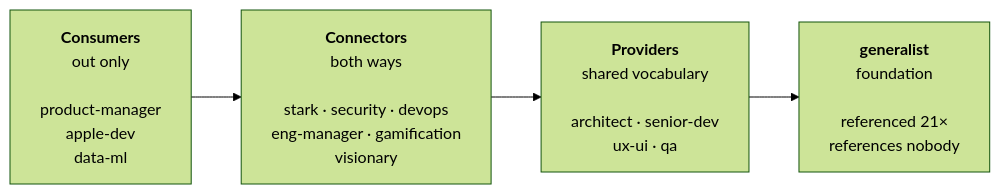
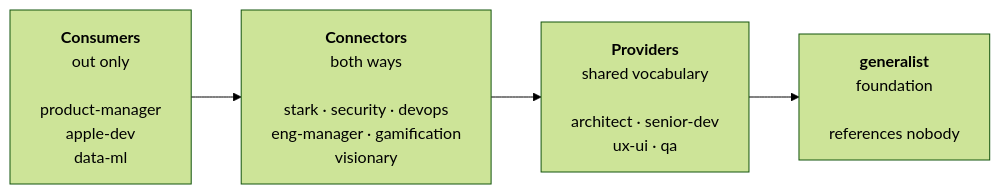
Before and after one commit to jrodrigopuca/local-agents: the third of 4 diagrams in GRAPH.md, drawn with Mermaid (forest theme). The commit also changed other lines of this file and 4 other files, not shown here.

````diff
--- a/GRAPH.md
+++ b/GRAPH.md
@@ -161,9 +161,9 @@
 ```mermaid
 flowchart LR
     C["<b>Consumers</b><br/>out only<br/><br/>product-manager<br/>apple-dev<br/>data-ml"]
     N["<b>Connectors</b><br/>both ways<br/><br/>stark · security · devops<br/>eng-manager · gamification<br/>visionary"]
     P["<b>Providers</b><br/>shared vocabulary<br/><br/>architect · senior-dev<br/>ux-ui · qa"]
-    F["<b>generalist</b><br/>foundation<br/><br/>referenced 21×<br/>references nobody"]
+    F["<b>generalist</b><br/>foundation<br/><br/>references nobody"]
 
     C --> N --> P --> F
 ```
````
